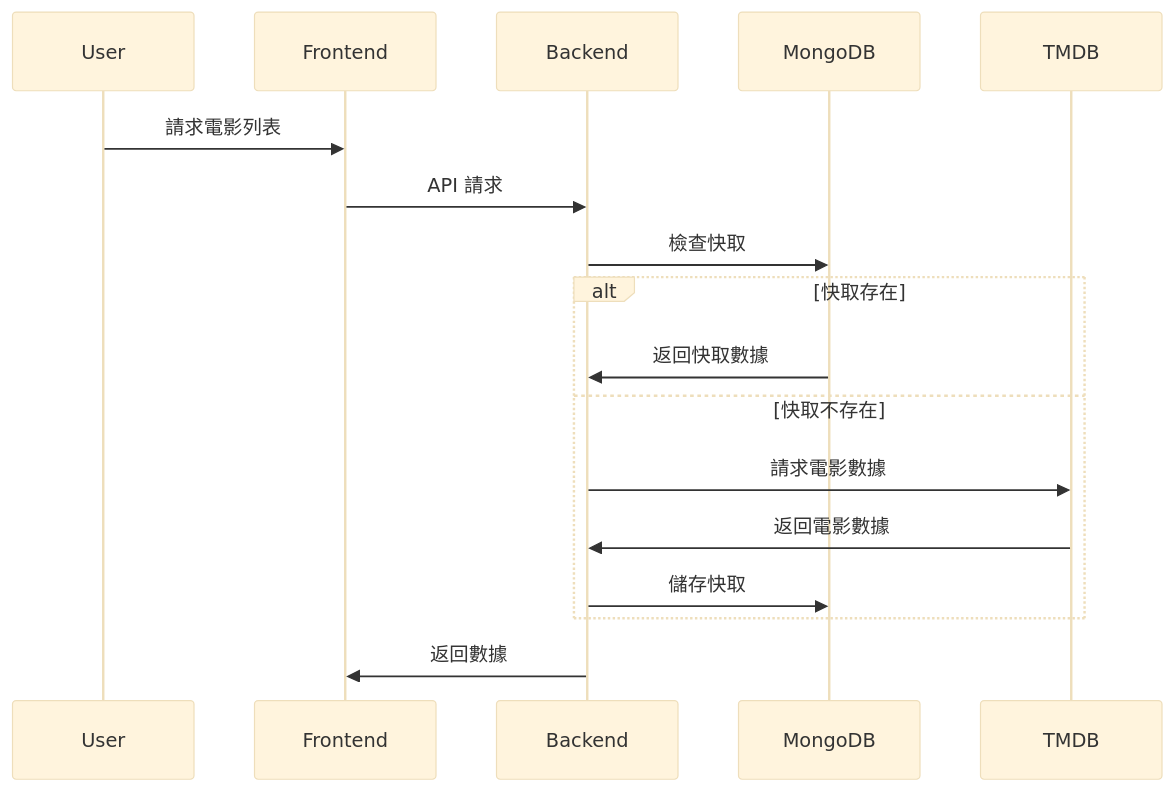
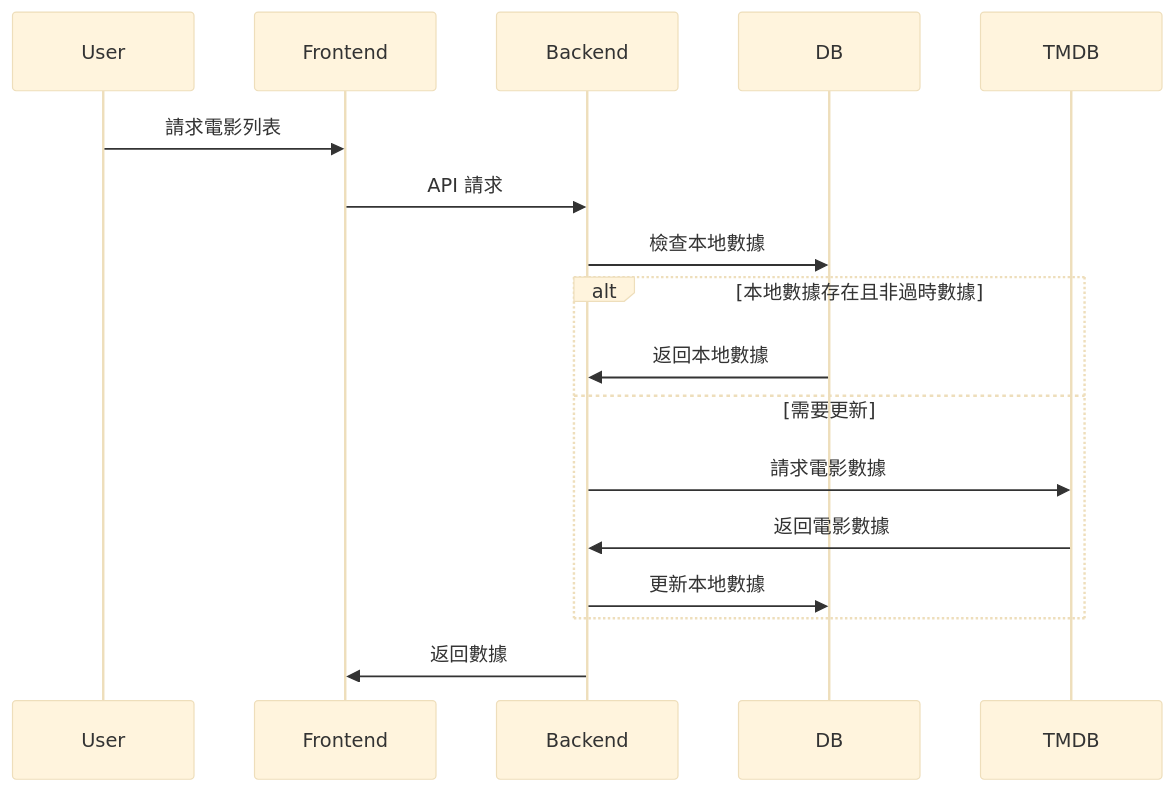
One commit to poordog777/movie-viewer changed the third of 3 diagrams in Architecture.md. Above: the diagram before and after it, drawn with Mermaid (base theme). The commit also changed other lines of this file and 1 other file, not shown here.

Commit message:
Refactor architecture documentation to remove MongoDB references, update PostgreSQL schema, and enhance feature descriptions in README

````diff
--- a/Architecture.md
+++ b/Architecture.md
@@ -146,20 +120,20 @@
 ```mermaid
 sequenceDiagram
     participant User
     participant Frontend
     participant Backend
-    participant MongoDB
+    participant DB
     participant TMDB
 
     User->>Frontend: 請求電影列表
     Frontend->>Backend: API 請求
-    Backend->>MongoDB: 檢查快取
-    alt 快取存在
-        MongoDB->>Backend: 返回快取數據
-    else 快取不存在
+    Backend->>DB: 檢查本地數據
+    alt 本地數據存在且非過時數據
+        DB->>Backend: 返回本地數據
+    else 需要更新
         Backend->>TMDB: 請求電影數據
         TMDB->>Backend: 返回電影數據
-        Backend->>MongoDB: 儲存快取
+        Backend->>DB: 更新本地數據
     end
     Backend->>Frontend: 返回數據
 ```
````
